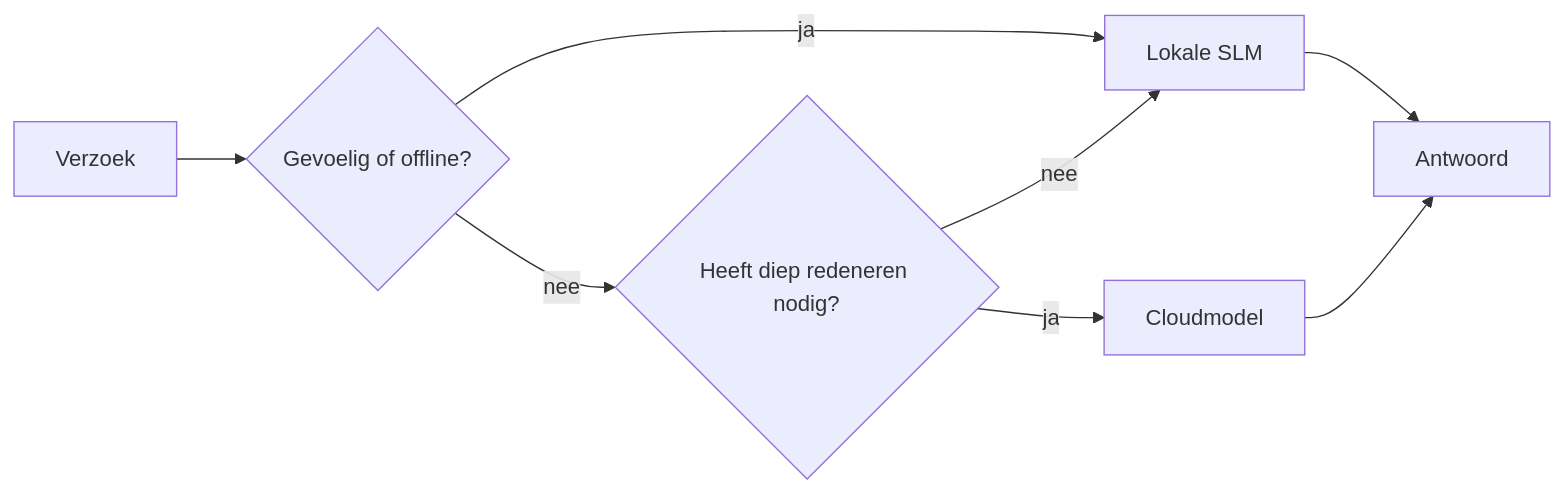
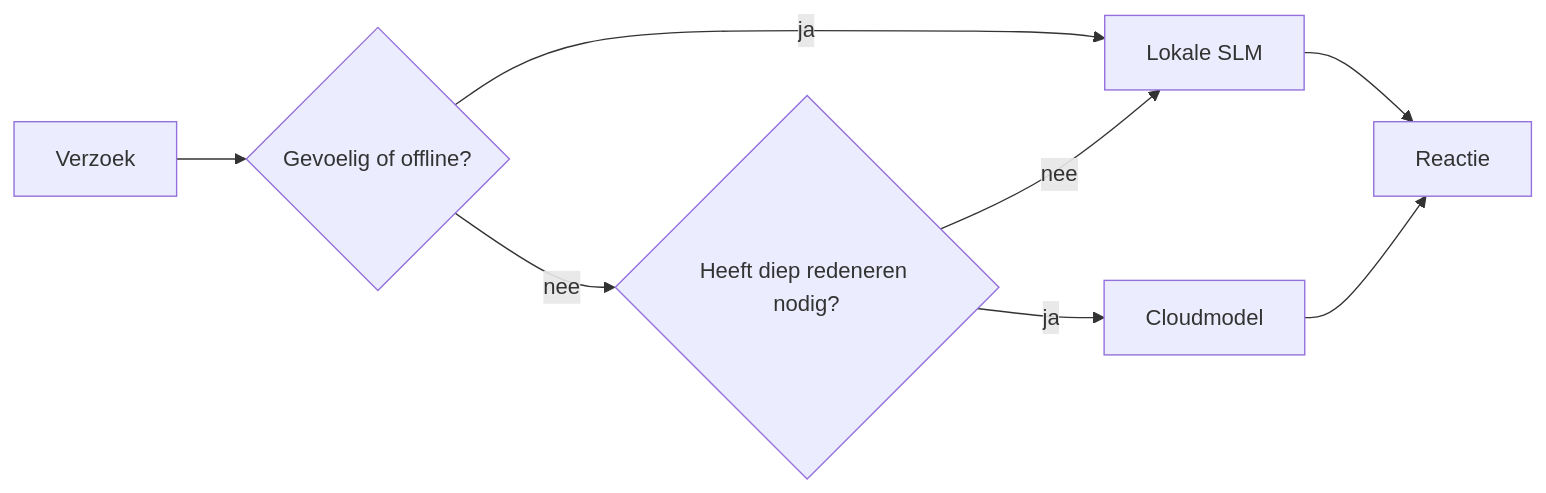
One commit to microsoft/ai-agents-for-beginners changed the fourth of 4 diagrams in translations/nl/17-creating-local-ai-agents/README.md. Above: the diagram before and after it, drawn with Mermaid. The commit also changed other lines of this file and 47 other files, not shown here.

````diff
--- a/translations/nl/17-creating-local-ai-agents/README.md
+++ b/translations/nl/17-creating-local-ai-agents/README.md
@@ -156,10 +156,10 @@
 ```mermaid
 flowchart LR
     Q[Verzoek] --> S{Gevoelig of offline?}
     S -->|ja| L[Lokale SLM]
     S -->|nee| C{Heeft diep redeneren nodig?}
     C -->|nee| L
     C -->|ja| Cloud[Cloudmodel]
-    L --> Out[Antwoord]
+    L --> Out[Reactie]
     Cloud --> Out
 ```
````
